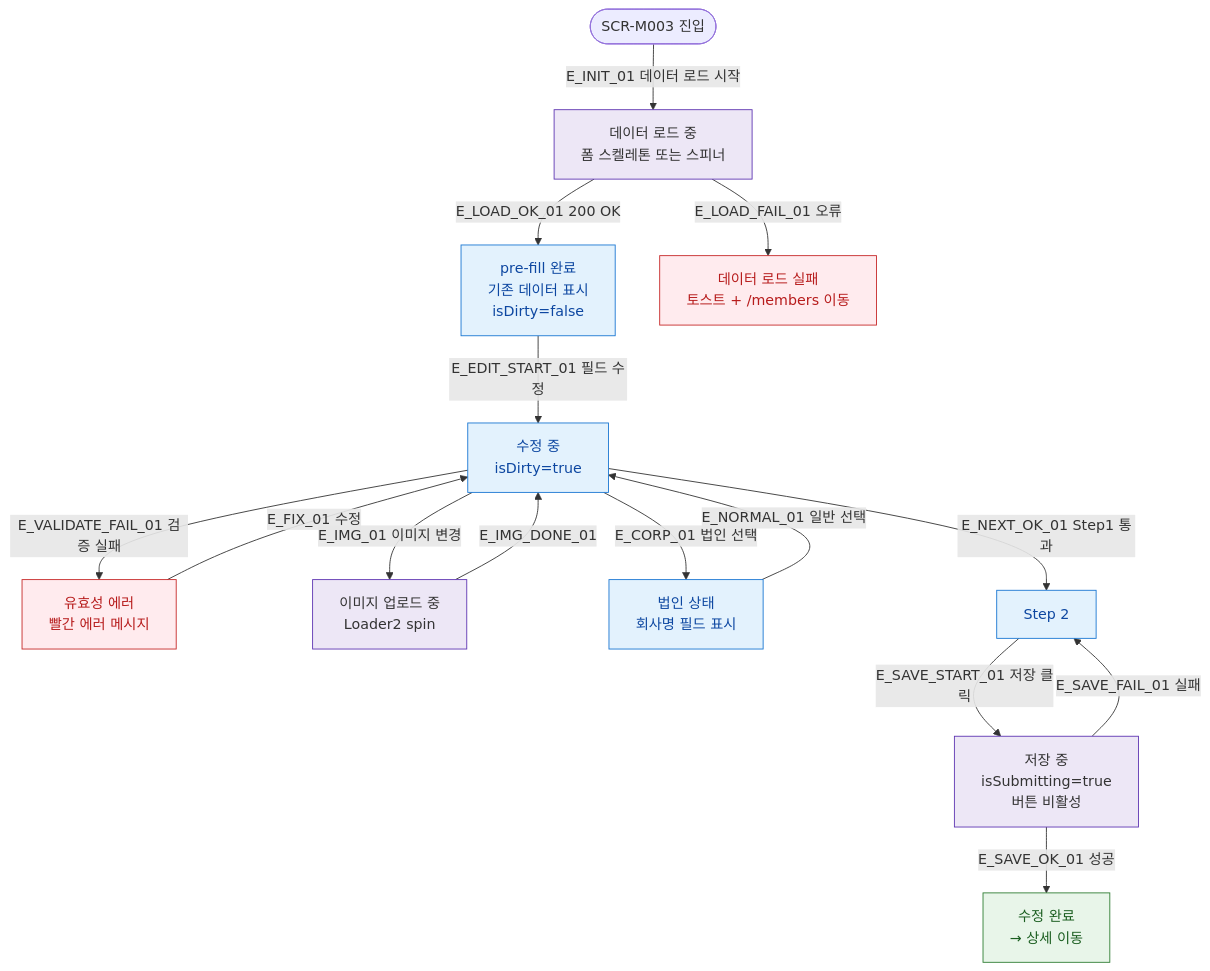
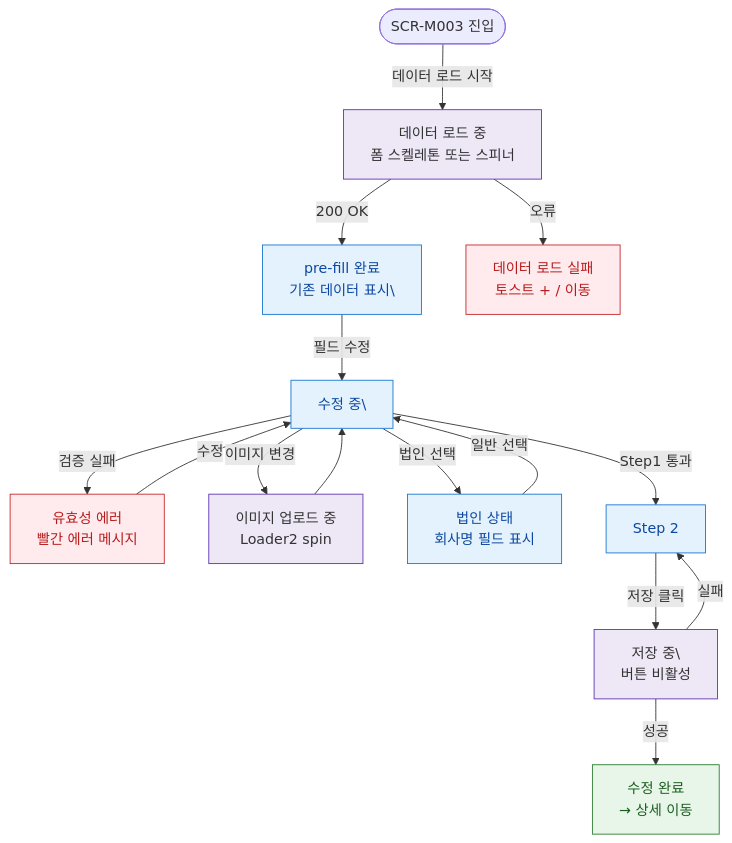
Before and after one commit to dev-spogym/admin-pando: the diagram in docs/다이어그램/D02_회원관리/SCR-M003_회원수정/F6_상태별.md, drawn with Mermaid. The commit also changed other lines of this file and 1660 other files, not shown here.

First line of the commit message:
다이어그램: 기획자/클라이언트 납품본으로 정리

````diff
--- a/docs/다이어그램/D02_회원관리/SCR-M003_회원수정/F6_상태별.md
+++ b/docs/다이어그램/D02_회원관리/SCR-M003_회원수정/F6_상태별.md
@@ -22,43 +20,43 @@
 ```mermaid
 flowchart TD
   ENTER([SCR-M003 진입])
 
-  ENTER -->|E_INIT_01 데이터 로드 시작| STATE_SKELETON[데이터 로드 중\n폼 스켈레톤 또는 스피너]
+  ENTER -->|데이터 로드 시작|STATE_SKELETON[데이터 로드 중\n폼 스켈레톤 또는 스피너]
 
-  STATE_SKELETON -->|E_LOAD_OK_01 200 OK| STATE_PREFILL[pre-fill 완료\n기존 데이터 표시\nisDirty=false]
-  STATE_SKELETON -->|E_LOAD_FAIL_01 오류| STATE_LOAD_ERR[데이터 로드 실패\n토스트 + /members 이동]
+  STATE_SKELETON -->|200 OK|STATE_PREFILL[pre-fill 완료\n기존 데이터 표시\]
+  STATE_SKELETON -->|오류|STATE_LOAD_ERR[데이터 로드 실패\n토스트 + / 이동]
 
-  STATE_PREFILL -->|E_EDIT_START_01 필드 수정| STATE_DIRTY[수정 중\nisDirty=true]
+  STATE_PREFILL -->|필드 수정|STATE_DIRTY[수정 중\]
 
-  STATE_DIRTY -->|E_VALIDATE_FAIL_01 검증 실패| STATE_VALID_ERR[유효성 에러\n빨간 에러 메시지]
-  STATE_VALID_ERR -->|E_FIX_01 수정| STATE_DIRTY
+  STATE_DIRTY -->|검증 실패|STATE_VALID_ERR[유효성 에러\n빨간 에러 메시지]
+  STATE_VALID_ERR -->|수정|STATE_DIRTY
 
-  STATE_DIRTY -->|E_IMG_01 이미지 변경| STATE_IMG_LOADING[이미지 업로드 중\nLoader2 spin]
-  STATE_IMG_LOADING -->|E_IMG_DONE_01| STATE_DIRTY
+  STATE_DIRTY -->|이미지 변경|STATE_IMG_LOADING[이미지 업로드 중\nLoader2 spin]
+  STATE_IMG_LOADING --> STATE_DIRTY
 
-  STATE_DIRTY -->|E_CORP_01 법인 선택| STATE_CORP[법인 상태\n회사명 필드 표시]
-  STATE_CORP   -->|E_NORMAL_01 일반 선택| STATE_DIRTY
+  STATE_DIRTY -->|법인 선택|STATE_CORP[법인 상태\n회사명 필드 표시]
+  STATE_CORP -->|일반 선택|STATE_DIRTY
 
-  STATE_DIRTY -->|E_NEXT_OK_01 Step1 통과| STATE_STEP2[Step 2]
-  STATE_STEP2  -->|E_SAVE_START_01 저장 클릭| STATE_SAVING[저장 중\nisSubmitting=true\n버튼 비활성]
+  STATE_DIRTY -->|Step1 통과|STATE_STEP2[Step 2]
+  STATE_STEP2 -->|저장 클릭|STATE_SAVING[저장 중\\n버튼 비활성]
 
-  STATE_SAVING -->|E_SAVE_OK_01 성공| STATE_DONE[수정 완료\n→ 상세 이동]
-  STATE_SAVING -->|E_SAVE_FAIL_01 실패| STATE_STEP2
+  STATE_SAVING -->|성공|STATE_DONE[수정 완료\n→ 상세 이동]
+  STATE_SAVING -->|실패|STATE_STEP2
 
-  classDef screen      fill:#E3F2FD,stroke:#1976D2,color:#0D47A1
-  classDef modal       fill:#FFF3E0,stroke:#F57C00,color:#E65100
-  classDef newFeature  fill:#F3E5F5,stroke:#9C27B0,stroke-dasharray:5 5
-  classDef error       fill:#FFEBEE,stroke:#C62828,color:#B71C1C
-  classDef success     fill:#E8F5E9,stroke:#2E7D32,color:#1B5E20
-  classDef warning     fill:#FFF8E1,stroke:#F9A825,color:#F57F17
-  classDef info        fill:#E0F7FA,stroke:#00838F
-  classDef system      fill:#EDE7F6,stroke:#5E35B2
-  classDef external    fill:#ECEFF1,stroke:#455A64,stroke-dasharray:3 3
-  classDef cron        fill:#E0F2F1,stroke:#00695C
+  classDef screen fill:#E3F2FD,stroke:#1976D2,color:#0D47A1
+  classDef modal fill:#FFF3E0,stroke:#F57C00,color:#E65100
+  classDef newFeature fill:#F3E5F5,stroke:#9C27B0,stroke-dasharray:5 5
+  classDef error fill:#FFEBEE,stroke:#C62828,color:#B71C1C
+  classDef success fill:#E8F5E9,stroke:#2E7D32,color:#1B5E20
+  classDef warning fill:#FFF8E1,stroke:#F9A825,color:#F57F17
+  classDef info fill:#E0F7FA,stroke:#00838F
+  classDef system fill:#EDE7F6,stroke:#5E35B2
+  classDef external fill:#ECEFF1,stroke:#455A64,stroke-dasharray:3 3
+  classDef cron fill:#E0F2F1,stroke:#00695C
   classDef rbacBlocked fill:#F5F5F5,stroke:#9E9E9E,color:#616161
 
   class STATE_PREFILL,STATE_DIRTY,STATE_STEP2,STATE_CORP screen
   class STATE_SKELETON,STATE_IMG_LOADING,STATE_SAVING system
   class STATE_LOAD_ERR,STATE_VALID_ERR error
   class STATE_DONE success
 ```
````
